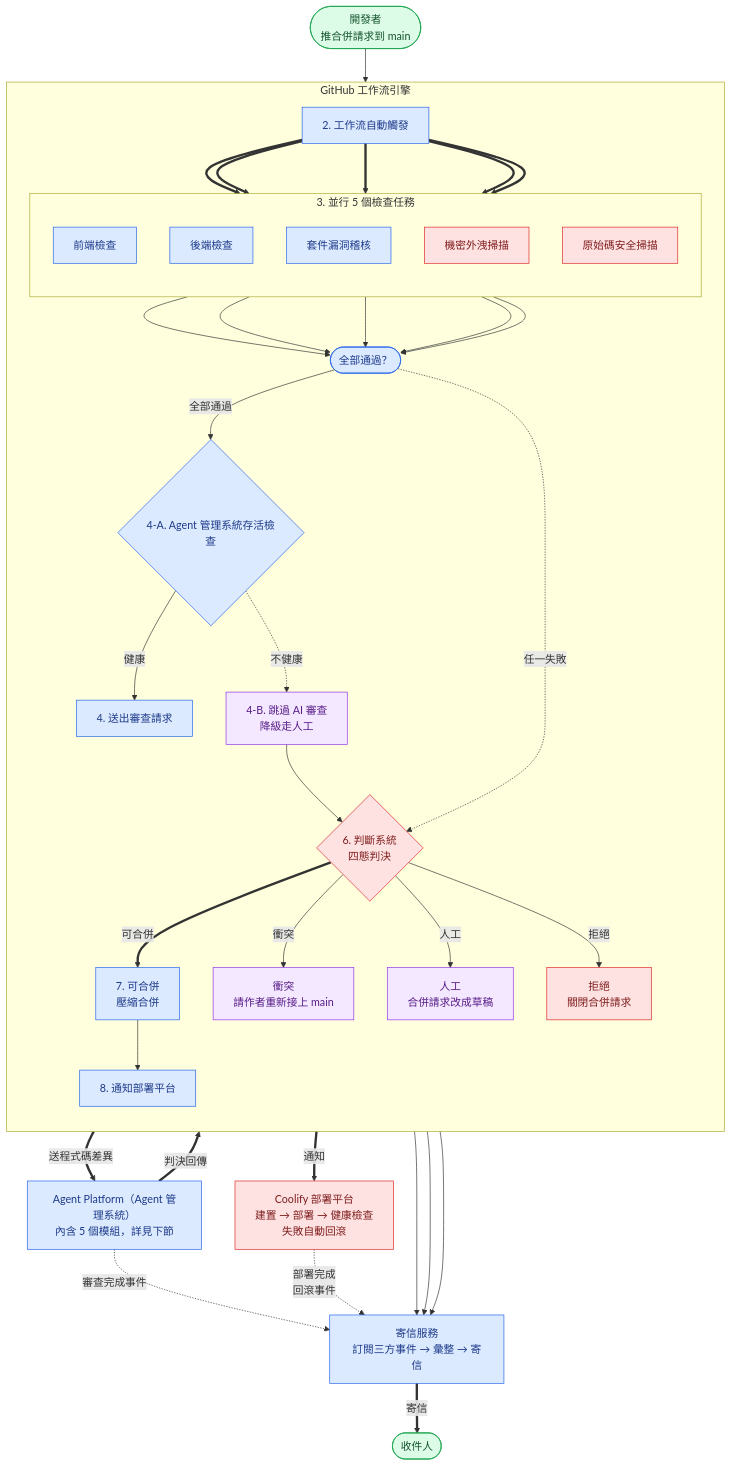
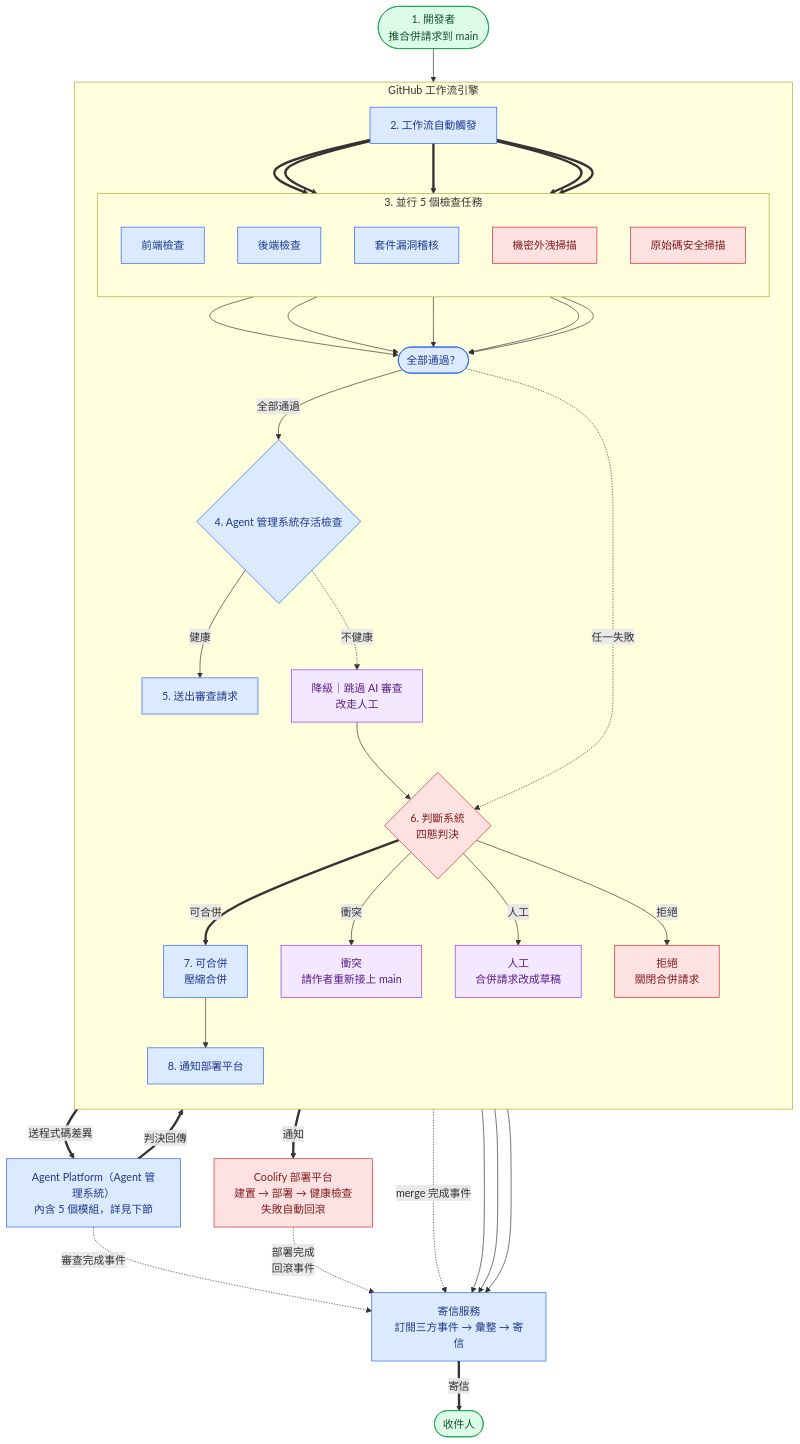
Before and after one commit to Jiaye-DF/AI-Spec: the first of 4 diagrams in Architecture/Auto-CI-CD/workflow-v1.0.md, drawn with Mermaid. The commit also changed 1 other file, not shown here.

Commit message:
(AI) Fix: Auto-CI-CD 流程圖補成功合併寄信路徑、AI 拒絕落點與步驟編號

````diff
--- a/Architecture/Auto-CI-CD/workflow-v1.0.md
+++ b/Architecture/Auto-CI-CD/workflow-v1.0.md
@@ -16,70 +16,71 @@
 ```mermaid
 %%{init: {'flowchart': {'htmlLabels': true, 'curve': 'basis'}} }%%
 flowchart TB
-  Dev([開發者<br>推合併請求到 main]):::user
+  Dev([1. 開發者<br>推合併請求到 main]):::user
 
   subgraph GH[GitHub 工作流引擎]
     direction TB
     Trigger[2. 工作流自動觸發]:::it
     subgraph CI[3. 並行 5 個檢查任務]
       direction TB
       JFront[前端檢查]:::it
       JBack[後端檢查]:::it
       JAudit[套件漏洞稽核]:::it
       JSec[機密外洩掃描]:::critical
       JSecsc[原始碼安全掃描]:::critical
     end
     Fanin([全部通過？]):::it
-    Health{4-A. Agent 管理系統存活檢查}:::it
-    Call[4. 送出審查請求]:::it
-    Skip[4-B. 跳過 AI 審查<br>降級走人工]:::shared
+    Health{4. Agent 管理系統存活檢查}:::it
+    Call[5. 送出審查請求]:::it
+    Skip[降級｜跳過 AI 審查<br>改走人工]:::shared
     Gate{6. 判斷系統<br>四態判決}:::critical
     Merge[7. 可合併<br>壓縮合併]:::it
     Conflict[衝突<br>請作者重新接上 main]:::shared
     Manual[人工<br>合併請求改成草稿]:::shared
     Reject[拒絕<br>關閉合併請求]:::critical
     Webhook[8. 通知部署平台]:::it
   end
 
   Dispatch[Agent Platform（Agent 管理系統）<br>內含 5 個模組，詳見下節]:::it
   Coolify[Coolify 部署平台<br>建置 → 部署 → 健康檢查<br>失敗自動回滾]:::critical
   Notifier[寄信服務<br>訂閱三方事件 → 彙整 → 寄信]:::it
   Human([收件人]):::user
 
   Dev --> Trigger
   Trigger ==> JFront
   Trigger ==> JBack
   Trigger ==> JAudit
   Trigger ==> JSec
   Trigger ==> JSecsc
   JFront --> Fanin
   JBack --> Fanin
   JAudit --> Fanin
   JSec --> Fanin
   JSecsc --> Fanin
   Fanin -->|全部通過| Health
   Fanin -.任一失敗.-> Gate
   Health -->|健康| Call
   Health -.不健康.-> Skip
   Skip --> Gate
   Call ==>|送程式碼差異| Dispatch
   Dispatch ==>|判決回傳| Gate
   Gate ==>|可合併| Merge
   Gate -->|衝突| Conflict
   Gate -->|人工| Manual
   Gate -->|拒絕| Reject
   Merge --> Webhook
   Webhook ==>|通知| Coolify
 
   Dispatch -.->|審查完成事件| Notifier
   Coolify -.->|"部署完成<br>回滾事件"| Notifier
+  Merge -.->|merge 完成事件| Notifier
   Conflict --> Notifier
   Manual --> Notifier
   Reject --> Notifier
   Notifier ==>|寄信| Human
 
   classDef user fill:#dcfce7,stroke:#16a34a,color:#14532d
   classDef it fill:#dbeafe,stroke:#2563eb,color:#1e3a8a
   classDef shared fill:#f3e8ff,stroke:#9333ea,color:#581c87
   classDef critical fill:#fee2e2,stroke:#dc2626,color:#7f1d1d
 ```
````
